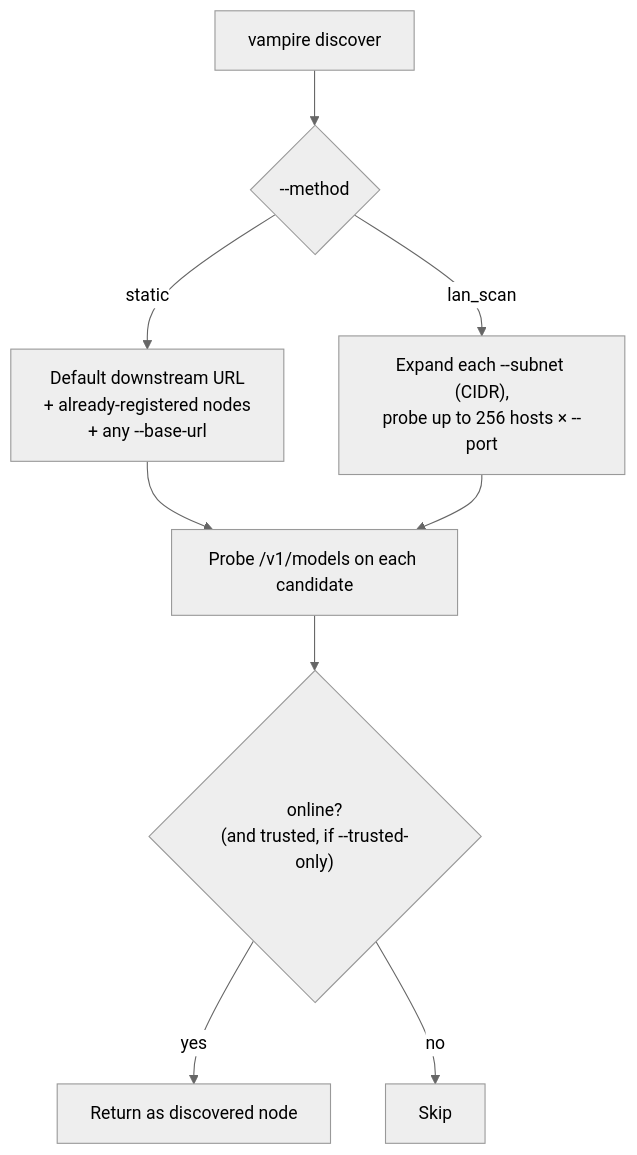
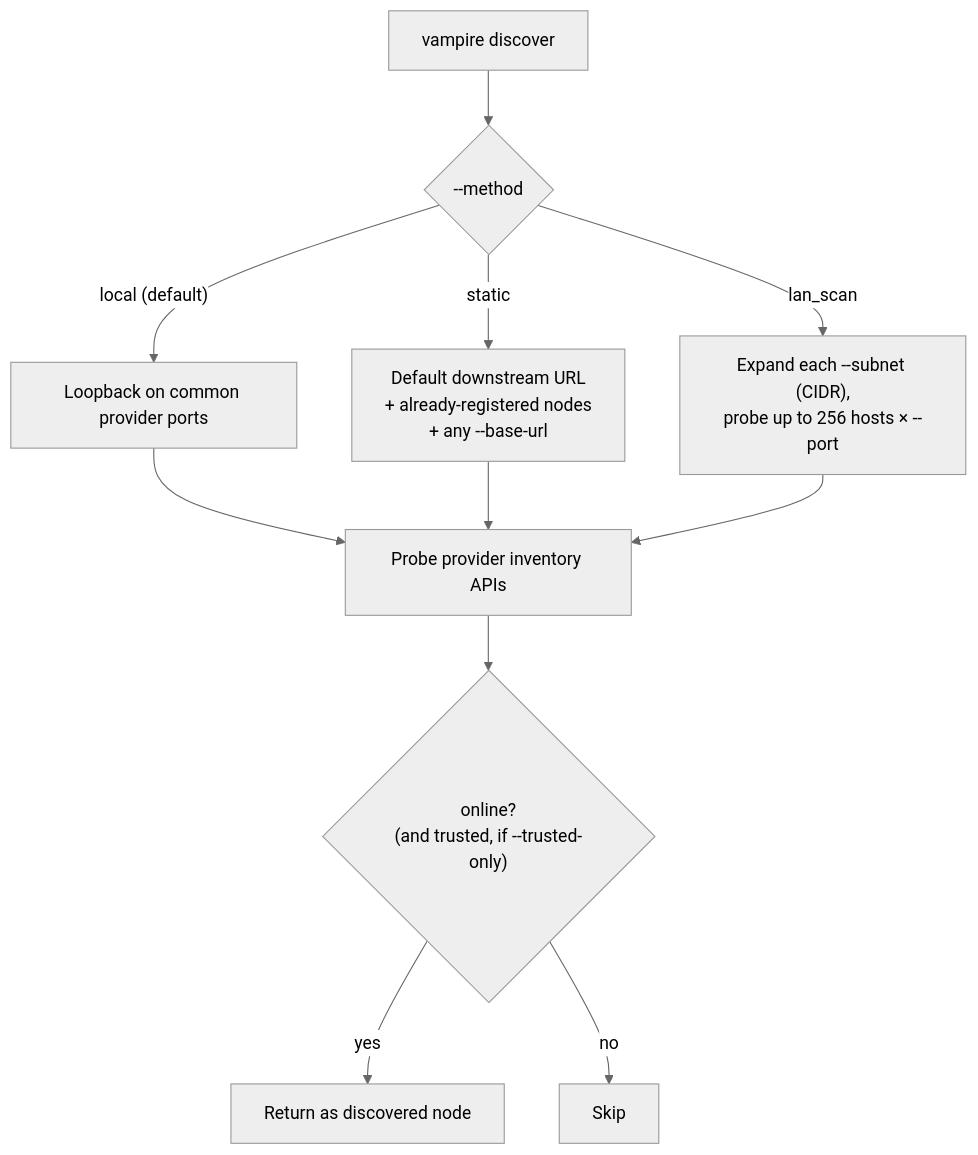
One commit to japer-technology/llm-vampire changed the third of 4 diagrams in docs/manual/06-nodes-and-discovery.md. Above: the diagram before and after it, drawn with Mermaid (neutral theme). The commit also changed other lines of this file and 68 other files, not shown here.

````diff
--- a/docs/manual/06-nodes-and-discovery.md
+++ b/docs/manual/06-nodes-and-discovery.md
@@ -77,11 +78,13 @@
 ```mermaid
 flowchart TD
     start["vampire discover"] --> methods{"--method"}
+    methods -->|"local (default)"| d["Loopback on common provider ports"]
     methods -->|"static"| s["Default downstream URL<br/>+ already-registered nodes<br/>+ any --base-url"]
     methods -->|"lan_scan"| l["Expand each --subnet (CIDR),<br/>probe up to 256 hosts × --port"]
-    s --> probe["Probe /v1/models on each candidate"]
+    d --> probe["Probe provider inventory APIs"]
+    s --> probe
     l --> probe
     probe --> filter{"online?<br/>(and trusted, if --trusted-only)"}
     filter -->|"yes"| keep["Return as discovered node"]
     filter -->|"no"| drop["Skip"]
 ```
````
